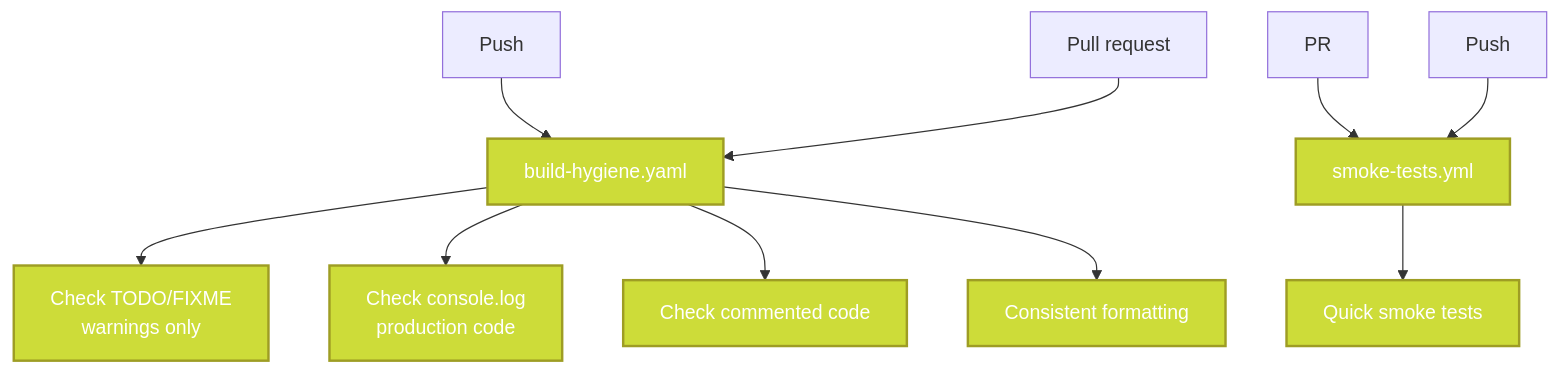
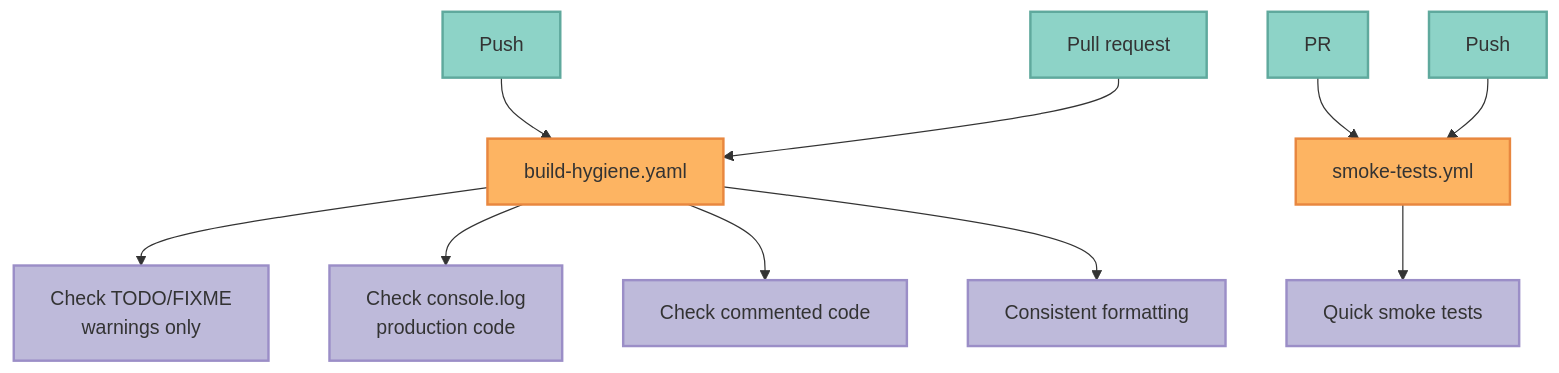
One commit to vishnu2kmohan/mcp-server-langgraph changed the ninth of 12 diagrams in docs/development/workflow-diagram.mdx. Above: the diagram before and after it, drawn with Mermaid. The commit also changed other lines of this file and 201 other files, not shown here.

````diff
--- a/docs/development/workflow-diagram.mdx
+++ b/docs/development/workflow-diagram.mdx
@@ -380,21 +430,27 @@
 ```mermaid
-graph TD
+%% ColorBrewer2 Set3 palette - each component type uniquely colored
+flowchart TD
     %% Build Hygiene
     PushBH[Push] --> BH[build-hygiene.yaml]
     PRBH[Pull request] --> BH
 
     BH --> TODO[Check TODO/FIXME<br/>warnings only]
     BH --> Console[Check console.log<br/>production code]
     BH --> Commented[Check commented code]
     BH --> Format[Consistent formatting]
 
     %% Smoking Tests
     PRSmoke[PR] --> Smoke[smoke-tests.yml]
     PushSmoke[Push] --> Smoke
     Smoke --> QuickTests[Quick smoke tests]
 
-    %% Styling
-    classDef hygieneFlow fill:#CDDC39,stroke:#9E9D24,stroke-width:2px,color:#fff
+    %% ColorBrewer Set3 Styling
+    classDef clientStyle fill:#8dd3c7,stroke:#5fa99d,stroke-width:2px,color:#333
+    classDef validationStyle fill:#fdb462,stroke:#e8873f,stroke-width:2px,color:#333
+    classDef serviceStyle fill:#bebada,stroke:#9b8ec7,stroke-width:2px,color:#333
+    classDef successStyle fill:#b3de69,stroke:#97c24f,stroke-width:2px,color:#333
 
-    class BH,TODO,Console,Commented,Format,Smoke,QuickTests hygieneFlow
+    class PushBH,PRBH,PRSmoke,PushSmoke clientStyle
+    class BH,Smoke validationStyle
+    class TODO,Console,Commented,Format,QuickTests serviceStyle
 ```
````
